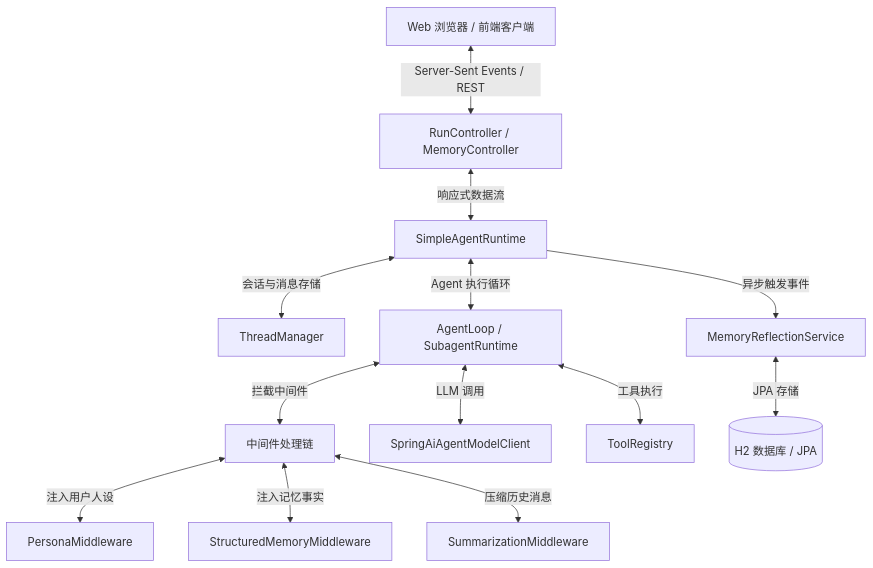
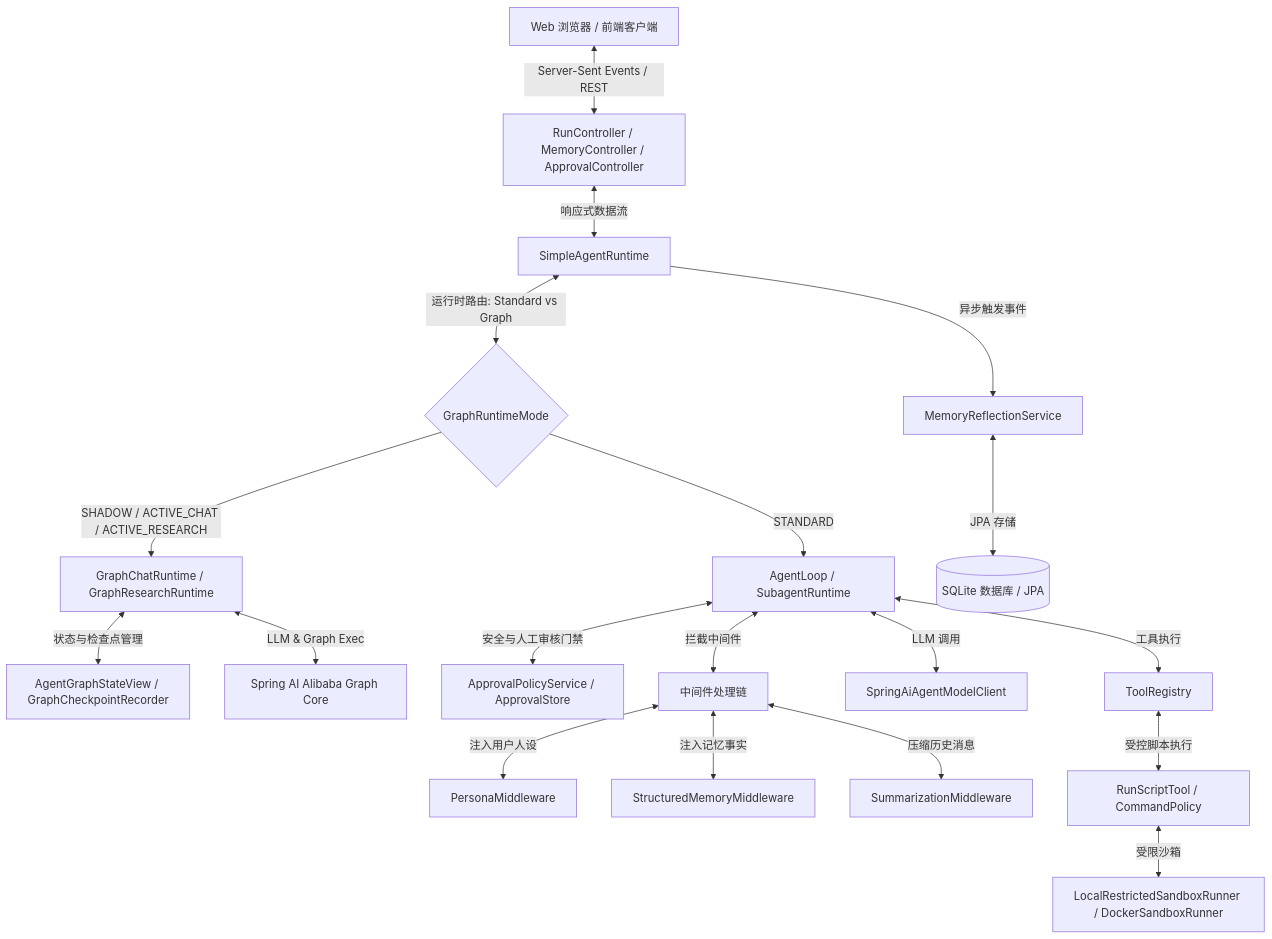
The first of 5 diagrams in deerflow/docs/architecture.md (AarenWang/haifa-ai-deerflow), drawn with Mermaid before and after one commit. The commit also changed other lines of this file and 1 other file, not shown here.

Commit message:
docs(deerflow): update README and technical architecture document for new features

````diff
--- a/deerflow/docs/architecture.md
+++ b/deerflow/docs/architecture.md
@@ -13,19 +13,27 @@
 ```mermaid
 graph TD
-    Client[Web 浏览器 / 前端客户端] <-->|Server-Sent Events / REST| WebController[RunController / MemoryController]
+    Client[Web 浏览器 / 前端客户端] <-->|Server-Sent Events / REST| WebController[RunController / MemoryController / ApprovalController]
     WebController <-->|响应式数据流| Runtime[SimpleAgentRuntime]
     
-    Runtime <-->|会话与消息存储| ThreadMgr[ThreadManager]
-    Runtime <-->|Agent 执行循环| AgentLoop[AgentLoop / SubagentRuntime]
+    Runtime <-->|运行时路由: Standard vs Graph| RuntimeRoute{GraphRuntimeMode}
+    RuntimeRoute -->|STANDARD| AgentLoop[AgentLoop / SubagentRuntime]
+    RuntimeRoute -->|SHADOW / ACTIVE_CHAT / ACTIVE_RESEARCH| GraphRuntime[GraphChatRuntime / GraphResearchRuntime]
+    
+    GraphRuntime <-->|状态与检查点管理| GraphState[AgentGraphStateView / GraphCheckpointRecorder]
+    GraphRuntime <-->|LLM & Graph Exec| AlibabaGraph[Spring AI Alibaba Graph Core]
+    
+    AgentLoop <-->|安全与人工审核门禁| ApprovalGate[ApprovalPolicyService / ApprovalStore]
     AgentLoop <-->|拦截中间件| MiddlewareChain[中间件处理链]
     
     MiddlewareChain <-->|注入用户人设| PersonaMW[PersonaMiddleware]
     MiddlewareChain <-->|注入记忆事实| MemoryMW[StructuredMemoryMiddleware]
     MiddlewareChain <-->|压缩历史消息| SummarizeMW[SummarizationMiddleware]
     
     AgentLoop <-->|LLM 调用| ModelClient[SpringAiAgentModelClient]
     AgentLoop <-->|工具执行| ToolRegistry[ToolRegistry]
+    ToolRegistry <-->|受控脚本执行| RunScriptTool[RunScriptTool / CommandPolicy]
+    RunScriptTool <-->|受限沙箱| Sandbox[LocalRestrictedSandboxRunner / DockerSandboxRunner]
     
     Runtime -->|异步触发事件| ReflectionService[MemoryReflectionService]
-    ReflectionService <-->|JPA 存储| DB[(H2 数据库 / JPA)]
+    ReflectionService <-->|JPA 存储| DB[(SQLite 数据库 / JPA)]
 ```
````
